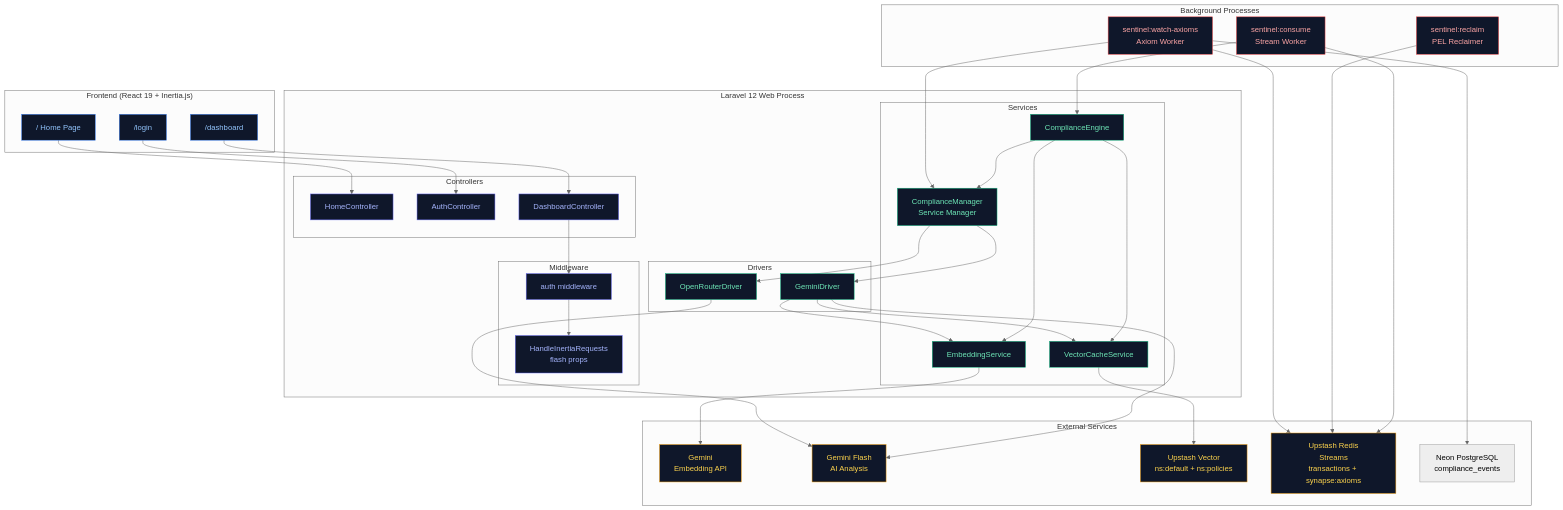
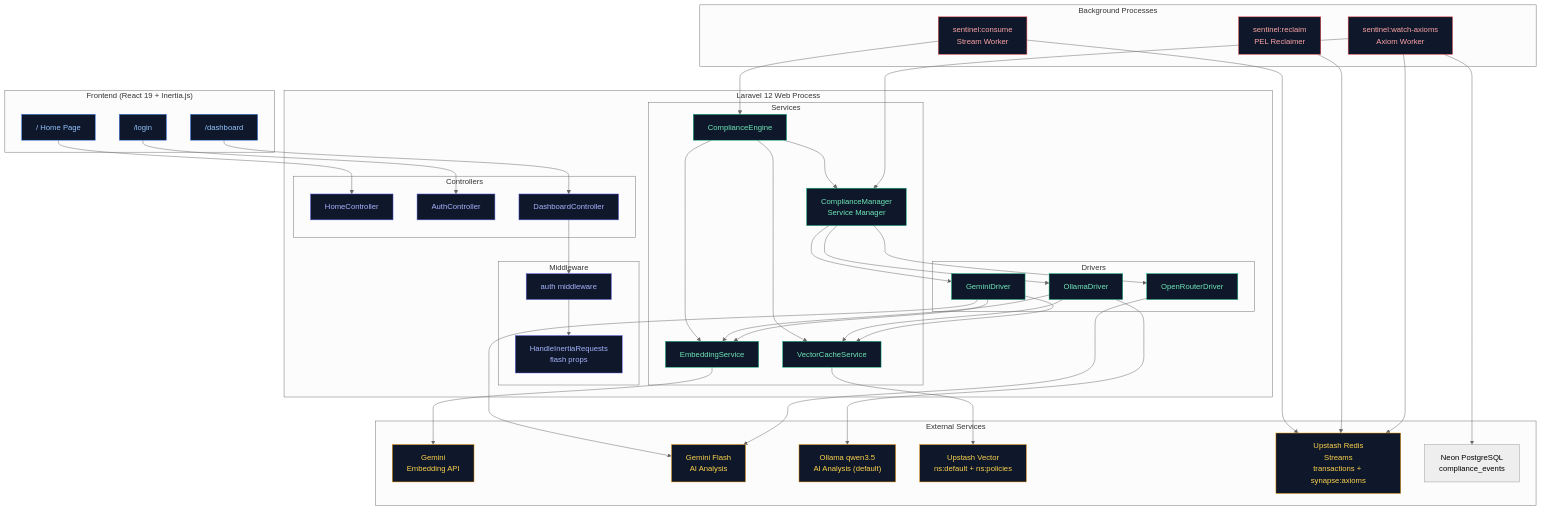
Before and after one commit to obrienma/sentinel-l7: the first of 3 diagrams in docs/diagrams/SYSTEM_ARCHITECTURE.md, drawn with Mermaid (neutral theme). The commit also changed other lines of this file and 15 other files, not shown here.

First line of the commit message:
feat(compliance): default SENTINEL_AI_DRIVER to ollama; ADR-0027 + doc sweep

````diff
--- a/docs/diagrams/SYSTEM_ARCHITECTURE.md
+++ b/docs/diagrams/SYSTEM_ARCHITECTURE.md
@@ -30,6 +30,7 @@
         end
 
         subgraph Drivers
+            OLD[OllamaDriver]
             GD[GeminiDriver]
             OD[OpenRouterDriver]
         end
@@ -44,6 +45,7 @@
     subgraph External["External Services"]
         GemEmbed["Gemini\nEmbedding API"]
         GemAI["Gemini Flash\nAI Analysis"]
+        OllamaAI["Ollama qwen3.5\nAI Analysis (default)"]
         UV["Upstash Vector\nns:default + ns:policies"]
         Redis["Upstash Redis\nStreams\ntransactions + synapse:axioms"]
         PG["Neon PostgreSQL\ncompliance_events"]
@@ -57,7 +59,8 @@
 
     W --> CE
     CE --> CM
-    CM --> GD & OD
+    CM --> OLD & GD & OD
+    OLD --> OllamaAI
     GD --> GemAI
     OD --> GemAI
     CE --> ES --> GemEmbed
@@ -67,6 +70,8 @@
     WA --> Redis
     WA --> CM
     WA --> PG
+    OLD --> ES
+    OLD --> VCS
     GD --> ES
     GD --> VCS
 
@@ -78,7 +83,7 @@
 
     class Home,Login,Dash frontend
     class HC,AC,DC,HIR,AM controller
-    class CE,CM,ES,VCS,GD,OD service
-    class GemEmbed,GemAI,UV,Redis external
+    class CE,CM,ES,VCS,OLD,GD,OD service
+    class GemEmbed,GemAI,OllamaAI,UV,Redis external
     class W,R,WA worker
 ```
````
